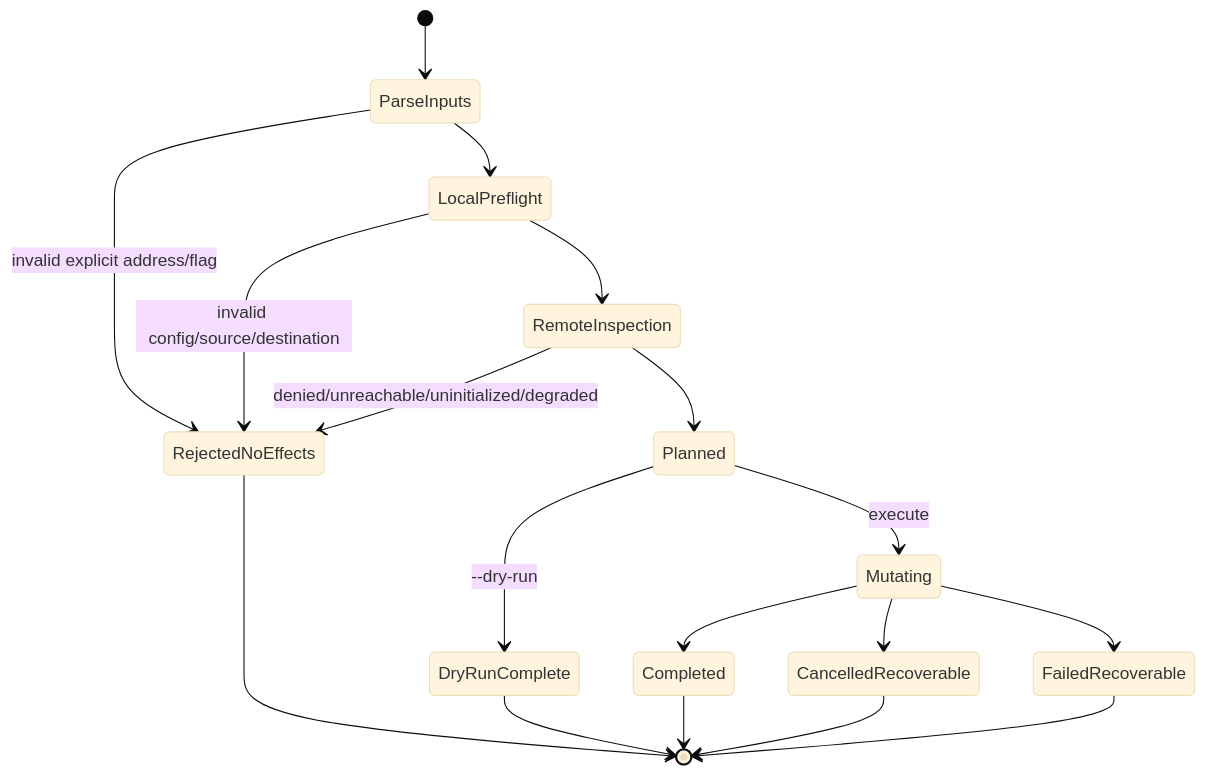
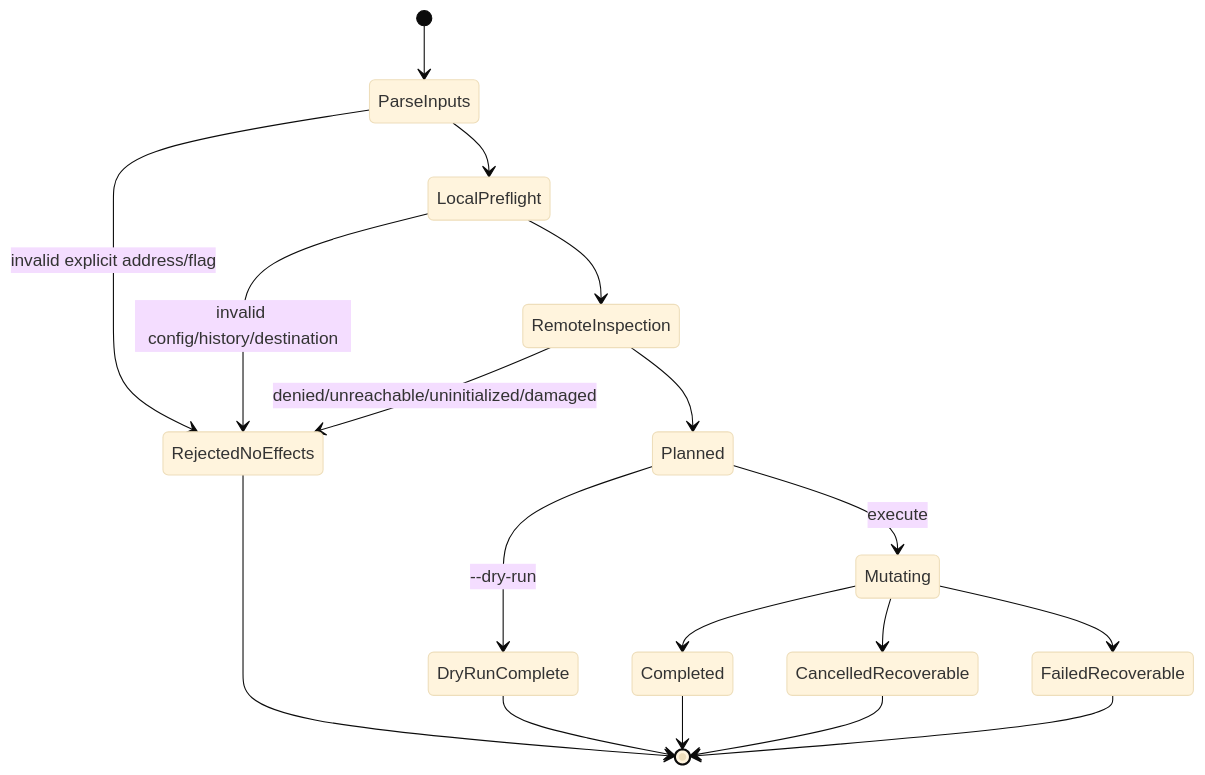
The fifth of 5 diagrams in docs/command-state-machine-v0.2-plan.md (adewale/aha), drawn with Mermaid (base theme) before and after one commit. The commit also changed other lines of this file and 2 other files, not shown here.

````diff
--- a/docs/command-state-machine-v0.2-plan.md
+++ b/docs/command-state-machine-v0.2-plan.md
@@ -211,21 +463,21 @@
 ```mermaid
 stateDiagram-v2
     [*] --> ParseInputs
     ParseInputs --> RejectedNoEffects: invalid explicit address/flag
     ParseInputs --> LocalPreflight
-    LocalPreflight --> RejectedNoEffects: invalid config/source/destination
+    LocalPreflight --> RejectedNoEffects: invalid config/history/destination
     LocalPreflight --> RemoteInspection
-    RemoteInspection --> RejectedNoEffects: denied/unreachable/uninitialized/degraded
+    RemoteInspection --> RejectedNoEffects: denied/unreachable/uninitialized/damaged
     RemoteInspection --> Planned
     Planned --> DryRunComplete: --dry-run
     Planned --> Mutating: execute
     Mutating --> Completed
     Mutating --> CancelledRecoverable
     Mutating --> FailedRecoverable
 
     RejectedNoEffects --> [*]
     DryRunComplete --> [*]
     Completed --> [*]
     CancelledRecoverable --> [*]
     FailedRecoverable --> [*]
 ```
````
